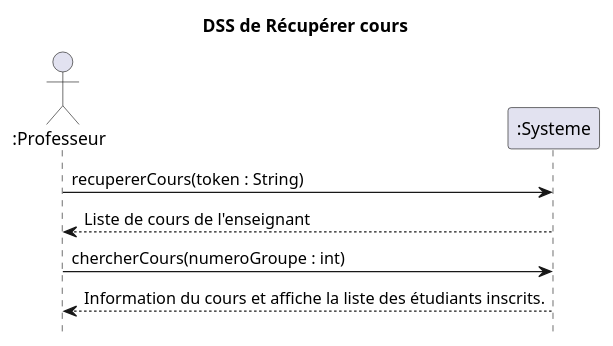
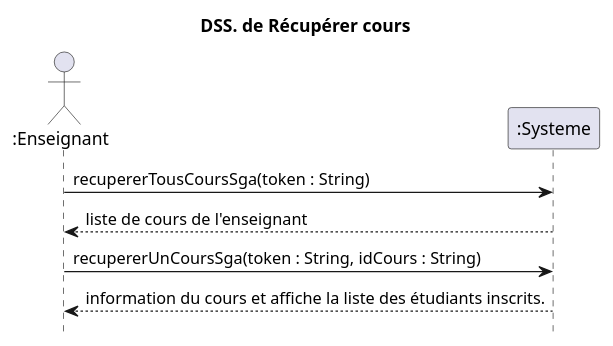
Before and after one commit to nerdz88/SGA-TS: the diagram in docs/DSS_Récupérer_cours.puml, drawn with PlantUML. The commit also changed 9 other files, not shown here.

```diff
--- a/docs/DSS_Récupérer_cours.puml
+++ b/docs/DSS_Récupérer_cours.puml
@@ -1,11 +1,11 @@
-@startuml DSS de Récupérer cours
-title DSS de Récupérer cours
+@startuml DSS Récupérer cours
+title DSS. de Récupérer cours
 hide footbox
-actor ":Professeur" as professeur
+actor ":Enseignant" as professeur
 participant ":Systeme" as systeme
 
-professeur ->  systeme : recupererCours(token : String)
-professeur <-- systeme : Liste de cours de l'enseignant
-professeur -> systeme : chercherCours(numeroGroupe : int)
-professeur <-- systeme : Information du cours et affiche la liste des étudiants inscrits.
+professeur ->  systeme : recupererTousCoursSga(token : String)
+professeur <-- systeme : liste de cours de l'enseignant
+professeur -> systeme : recupererUnCoursSga(token : String, idCours : String)
+professeur <-- systeme : information du cours et affiche la liste des étudiants inscrits.
 @enduml
```
